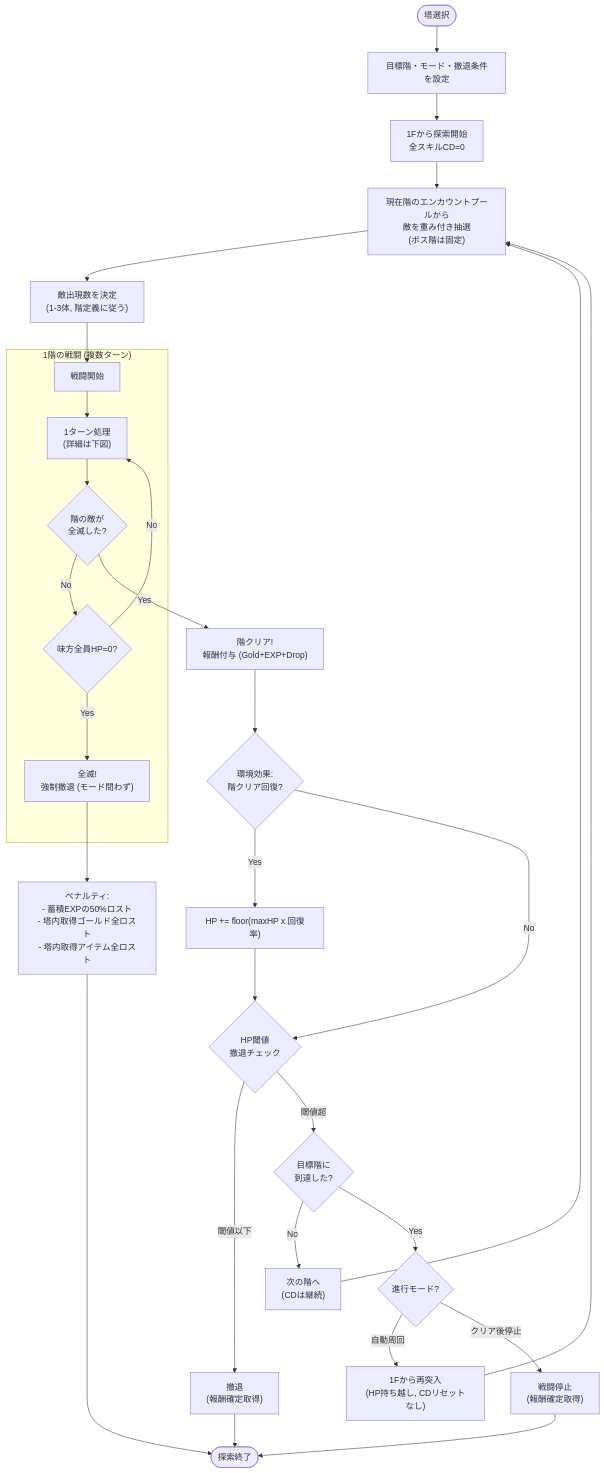
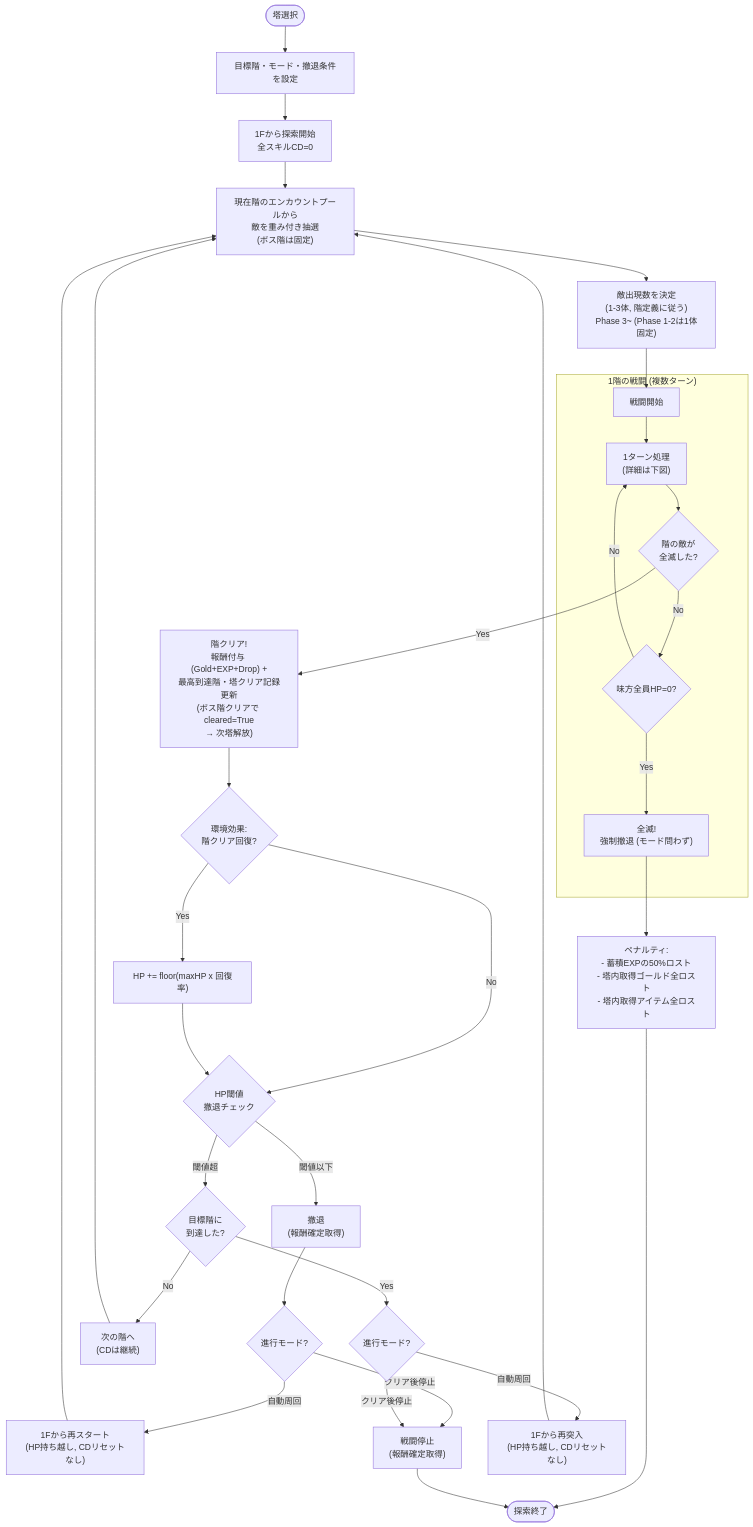
One commit to dateeee/2026_AFKGAME changed the first of 5 diagrams in diagrams/battle_flow.md. Above: the diagram before and after it, drawn with Mermaid. The commit also changed other lines of this file and 34 other files, not shown here.

First line of the commit message:
docs+fix: 工程定義に基づく要件〜詳細設計の見直し — 全仕様書・設計図レビューと指摘修正

````diff
--- a/diagrams/battle_flow.md
+++ b/diagrams/battle_flow.md
@@ -7,43 +7,47 @@
 ```mermaid
 %%{init: {'theme': 'default', 'themeVariables': {'fontSize': '16px'}} }%%
 flowchart TD
     Start([塔選択]) --> SetParams["目標階・モード・撤退条件を設定"]
     SetParams --> Enter["1Fから探索開始\n全スキルCD=0"]
 
     Enter --> Encounter["現在階のエンカウントプールから\n敵を重み付き抽選\n(ボス階は固定)"]
-    Encounter --> EnemyCount["敵出現数を決定\n(1-3体, 階定義に従う)"]
+    Encounter --> EnemyCount["敵出現数を決定\n(1-3体, 階定義に従う)\nPhase 3~ (Phase 1-2は1体固定)"]
     EnemyCount --> BattleStart["戦闘開始"]
 
     subgraph 戦闘ループ["1階の戦闘 (複数ターン)"]
         BattleStart --> Turn["1ターン処理\n(詳細は下図)"]
         Turn --> FloorDone{"階の敵が\n全滅した?"}
         FloorDone -->|No| WipeCheck1{"味方全員HP=0?"}
         WipeCheck1 -->|No| Turn
         WipeCheck1 -->|Yes| Wipe
     end
 
-    FloorDone -->|Yes| FloorClear["階クリア!\n報酬付与 (Gold+EXP+Drop)"]
+    FloorDone -->|Yes| FloorClear["階クリア!\n報酬付与 (Gold+EXP+Drop) +\n最高到達階・塔クリア記録更新\n(ボス階クリアで cleared=True\n→ 次塔解放)"]
 
     FloorClear --> EnvRecovery{"環境効果:\n階クリア回復?"}
     EnvRecovery -->|Yes| HealEnv["HP += floor(maxHP x 回復率)"]
     EnvRecovery -->|No| CheckHP
 
     HealEnv --> CheckHP{"HP閾値\n撤退チェック"}
     CheckHP -->|閾値以下| Retreat["撤退\n(報酬確定取得)"]
     CheckHP -->|閾値超| GoalCheck{"目標階に\n到達した?"}
 
+    Retreat --> RetreatModeCheck{"進行モード?"}
+    RetreatModeCheck -->|自動周回| RetreatRestart["1Fから再スタート\n(HP持ち越し, CDリセットなし)"]
+    RetreatModeCheck -->|クリア後停止| Stop
+
     GoalCheck -->|No| NextFloor["次の階へ\n(CDは継続)"]
     GoalCheck -->|Yes| ModeCheck{"進行モード?"}
 
     ModeCheck -->|自動周回| Restart["1Fから再突入\n(HP持ち越し, CDリセットなし)"]
     ModeCheck -->|クリア後停止| Stop["戦闘停止\n(報酬確定取得)"]
 
     NextFloor --> Encounter
     Restart --> Encounter
+    RetreatRestart --> Encounter
 
     Wipe["全滅!\n強制撤退 (モード問わず)"]
     Wipe --> Penalty["ペナルティ:\n- 蓄積EXPの50%ロスト\n- 塔内取得ゴールド全ロスト\n- 塔内取得アイテム全ロスト"]
     Penalty --> End([探索終了])
-    Retreat --> End
     Stop --> End
 ```
````
